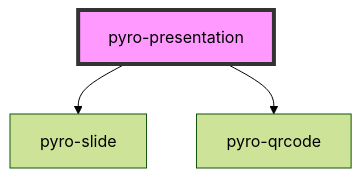
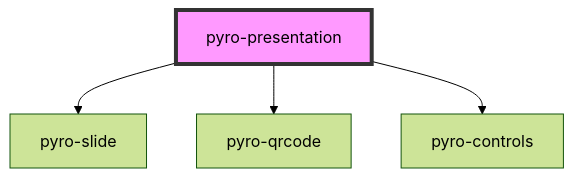
Before and after one commit to presentosaurus/presentosaurus: the diagram in packages/webcomponents/src/components/presentation/readme.md, drawn with Mermaid (forest theme). The commit also changed other lines of this file and 9 other files, not shown here.

Commit message:
add pyro-controls and fullscreen button

````diff
--- a/packages/webcomponents/src/components/presentation/readme.md
+++ b/packages/webcomponents/src/components/presentation/readme.md
@@ -24,6 +25,7 @@
 ```mermaid
 graph TD;
   pyro-presentation --> pyro-slide
   pyro-presentation --> pyro-qrcode
+  pyro-presentation --> pyro-controls
   style pyro-presentation fill:#f9f,stroke:#333,stroke-width:4px
 ```
````
